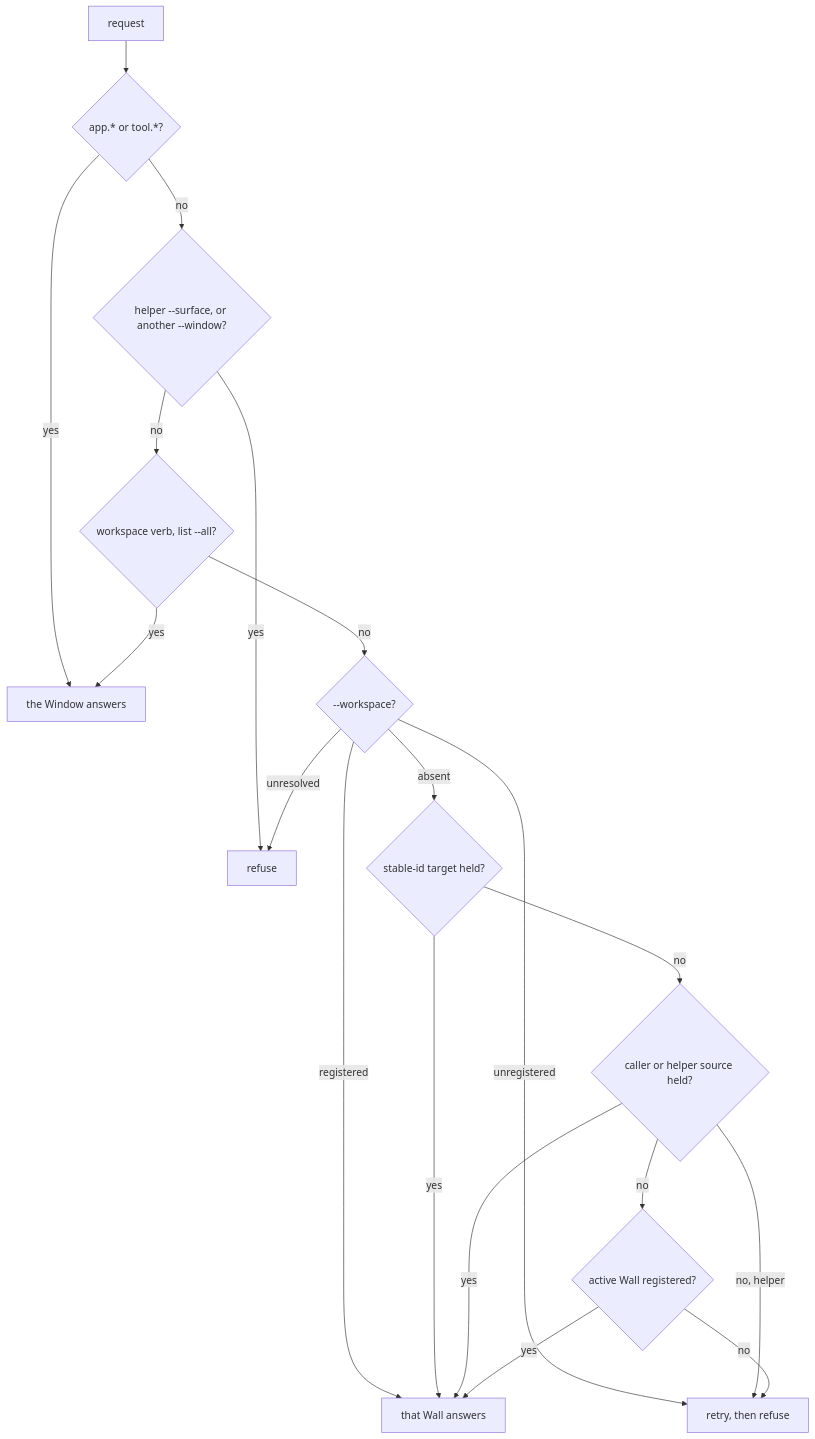
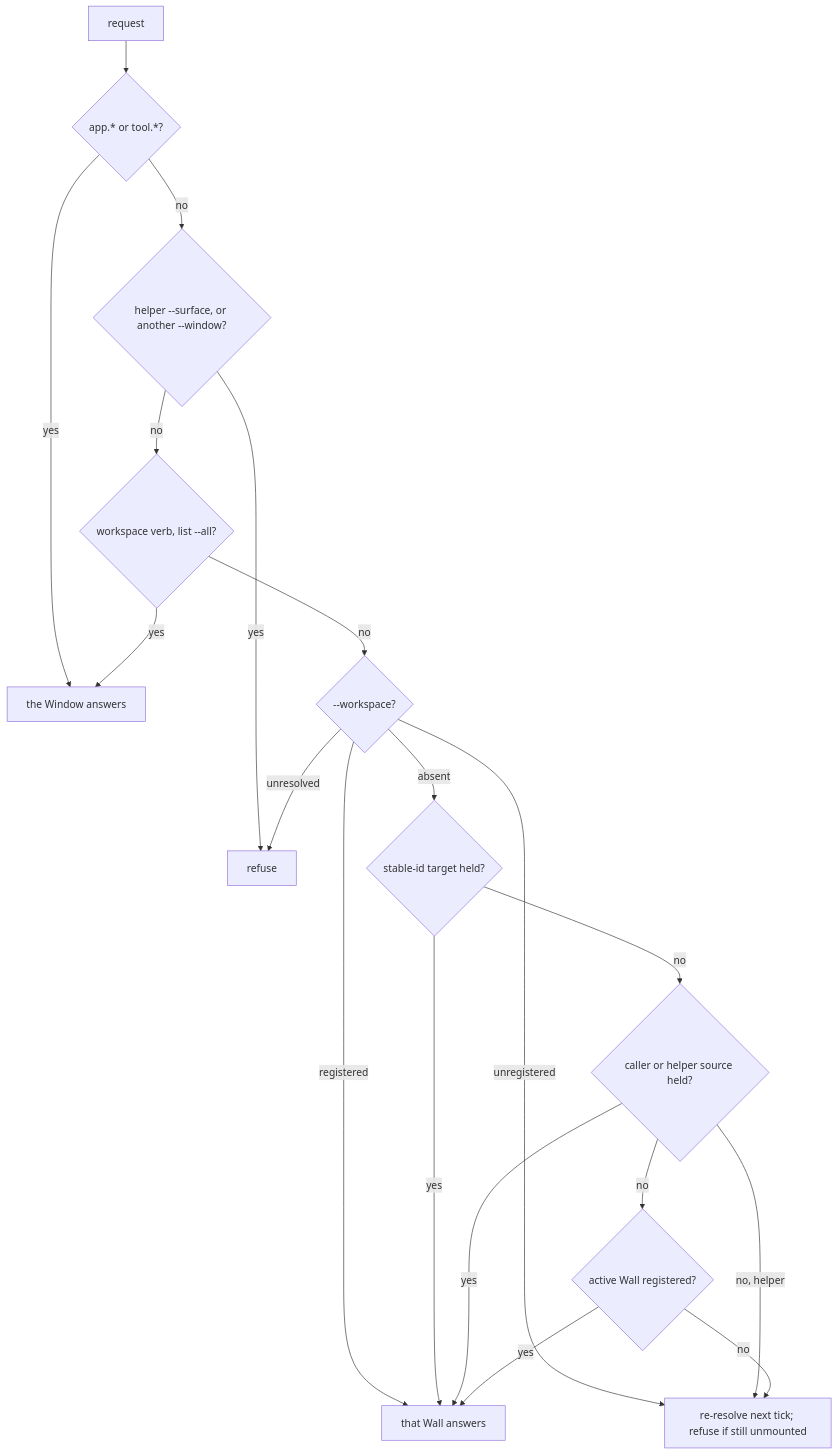
Before and after one commit to diffplug/dormouse: the second of 2 diagrams in docs/specs/dor-cli.md, drawn with Mermaid.

Commit message:
dor-cli: review fixes to the routing ladder diagram
Fixes e66766fe2:
- Each retry re-runs the whole resolution (dispatchDorControl), so it may
  land on the handler: "retry, then refuse" -> "re-resolve next tick;
  refuse if still unmounted".

````diff
--- a/docs/specs/dor-cli.md
+++ b/docs/specs/dor-cli.md
@@ -302,21 +302,21 @@
 ```mermaid
 flowchart TD
   R[request] --> AT{app.* or tool.*?}
   AT -- yes --> WIN[the Window answers]
   AT -- no --> BAD{helper --surface, or another --window?}
   BAD -- yes --> REF[refuse]
   BAD -- no --> C{workspace verb, list --all?}
   C -- yes --> WIN
   C -- no --> WS{--workspace?}
   WS -- unresolved --> REF
   WS -- registered --> H[that Wall answers]
-  WS -- unregistered --> P[retry, then refuse]
+  WS -- unregistered --> P["re-resolve next tick; refuse if still unmounted"]
   WS -- absent --> ST{stable-id target held?}
   ST -- yes --> H
   ST -- no --> CA{caller or helper source held?}
   CA -- yes --> H
   CA -- no, helper --> P
   CA -- no --> AC{active Wall registered?}
   AC -- yes --> H
   AC -- no --> P
 ```
````
